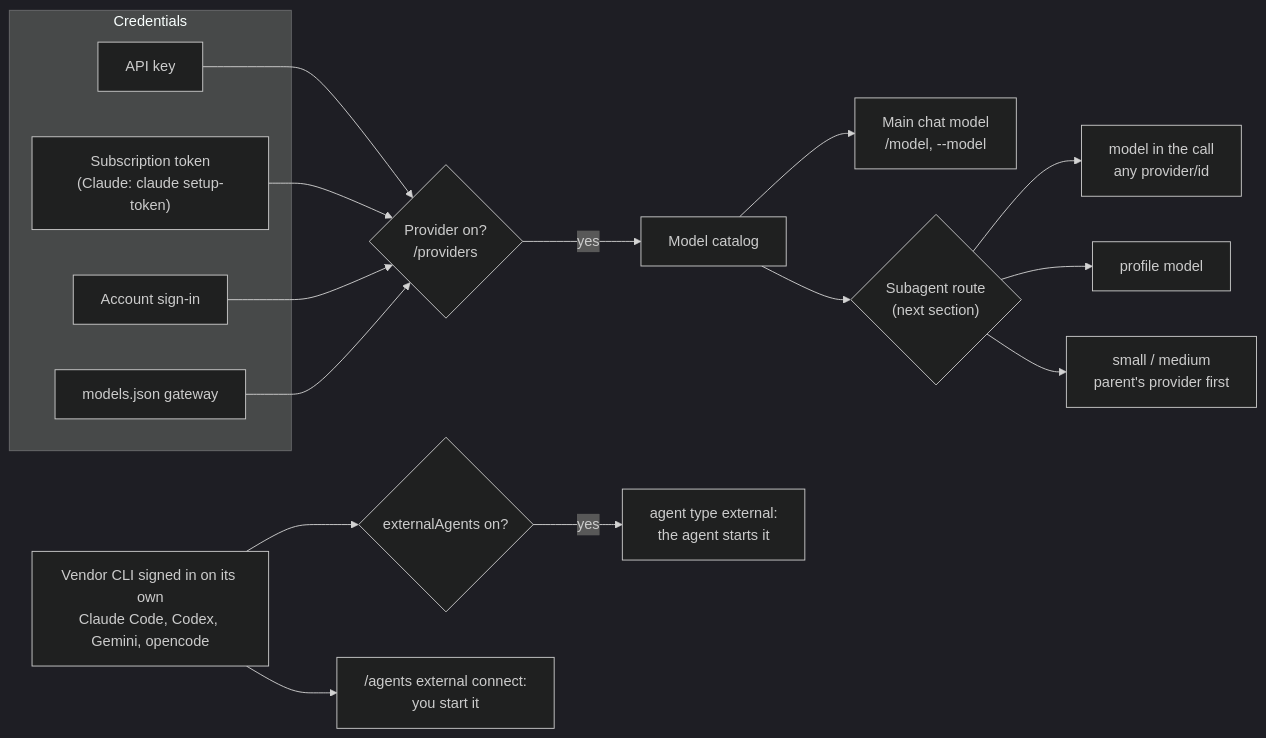
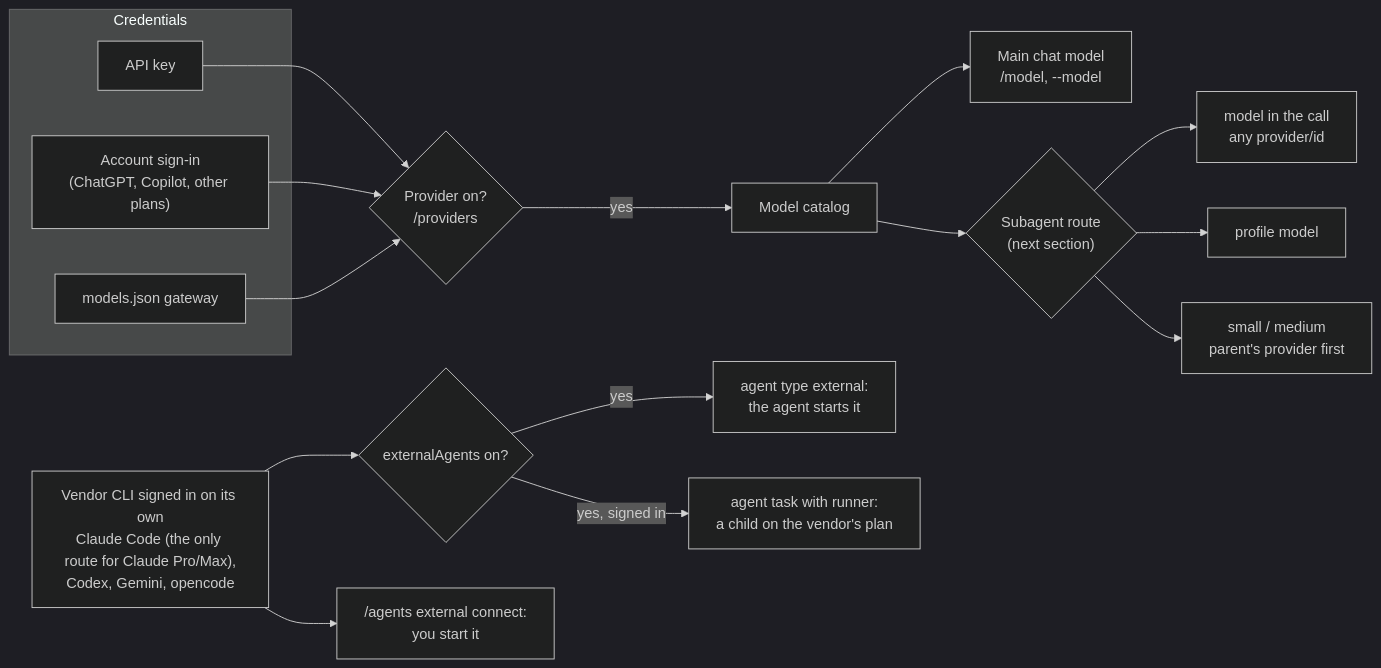
Before and after one commit to bgauryy/octocode-coding-agent: the sixth of 16 diagrams in packages/coding-agent/docs/native-features.md, drawn with Mermaid (dark theme). The commit also changed other lines of this file and 630 other files, not shown here.

````diff
--- a/packages/coding-agent/docs/native-features.md
+++ b/packages/coding-agent/docs/native-features.md
@@ -333,19 +352,19 @@
 ```mermaid
 flowchart LR
   subgraph Credentials
     K[API key]
-    S["Subscription token<br/>(Claude: claude setup-token)"]
-    O[Account sign-in]
+    O["Account sign-in<br/>(ChatGPT, Copilot, other plans)"]
     J[models.json gateway]
   end
-  K & S & O & J --> P{"Provider on?<br/>/providers"}
+  K & O & J --> P{"Provider on?<br/>/providers"}
   P -->|yes| C[Model catalog]
   C --> MAIN["Main chat model<br/>/model, --model"]
   C --> SUB{"Subagent route<br/>(next section)"}
   SUB --> T1["model in the call<br/>any provider/id"]
   SUB --> T2["profile model"]
   SUB --> T3["small / medium<br/>parent's provider first"]
-  V["Vendor CLI signed in on its own<br/>Claude Code, Codex, Gemini, opencode"] --> X{"externalAgents on?"}
+  V["Vendor CLI signed in on its own<br/>Claude Code (the only route for Claude Pro/Max),<br/>Codex, Gemini, opencode"] --> X{"externalAgents on?"}
   X -->|yes| EA["agent type external:<br/>the agent starts it"]
   V --> EU["/agents external connect:<br/>you start it"]
+  X -->|yes, signed in| RT["agent task with runner:<br/>a child on the vendor's plan"]
 ```
````
